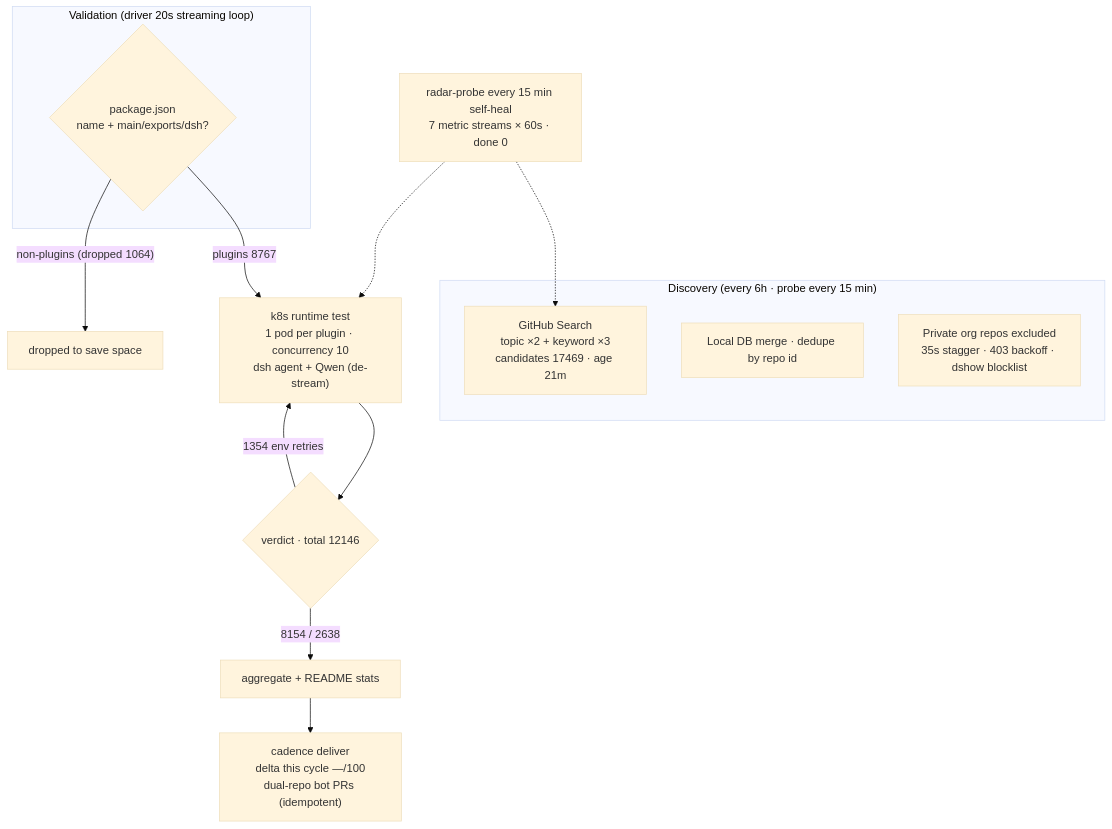
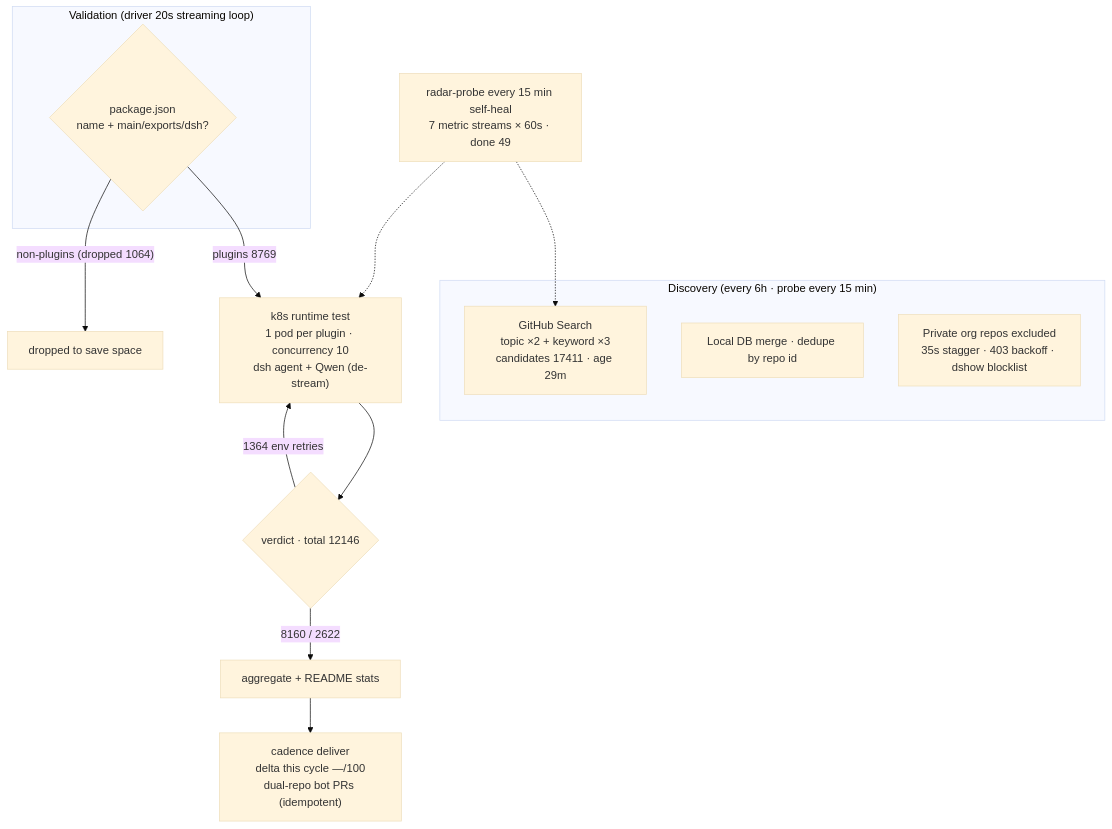
Before and after one commit to AdamPlatin123/awesome-dsh-plugins: the diagram in README.en-US.md, drawn with Mermaid (base theme). The commit also changed other lines of this file and 5 other files, not shown here.

````diff
--- a/README.en-US.md
+++ b/README.en-US.md
@@ -45,20 +45,20 @@
 ```mermaid
 flowchart TB
     subgraph Discovery["Discovery (every 6h · probe every 15 min)"]
-        A1["GitHub Search<br/>topic ×2 + keyword ×3<br/>candidates 17469 · age 21m"]
+        A1["GitHub Search<br/>topic ×2 + keyword ×3<br/>candidates 17411 · age 29m"]
         A2["Local DB merge · dedupe by repo id"]
         A3["Private org repos excluded<br/>35s stagger · 403 backoff · dshow blocklist"]
     end
     subgraph Validation["Validation (driver 20s streaming loop)"]
         B1{"package.json<br/>name + main/exports/dsh?"}
     end
-    B1 -->|"plugins 8767"| C1["k8s runtime test<br/>1 pod per plugin · concurrency 10<br/>dsh agent + Qwen (de-stream)"]
+    B1 -->|"plugins 8769"| C1["k8s runtime test<br/>1 pod per plugin · concurrency 10<br/>dsh agent + Qwen (de-stream)"]
     B1 -->|"non-plugins (dropped 1064)"| B3["dropped to save space"]
     C1 --> D1{"verdict · total 12146"}
-    D1 -->|"8154 / 2638"| E1["aggregate + README stats"]
-    D1 -->|"1354 env retries"| C1
+    D1 -->|"8160 / 2622"| E1["aggregate + README stats"]
+    D1 -->|"1364 env retries"| C1
     E1 --> E2["cadence deliver<br/>delta this cycle —/100<br/>dual-repo bot PRs (idempotent)"]
-    M["radar-probe every 15 min self-heal<br/>7 metric streams × 60s · done 0"]
+    M["radar-probe every 15 min self-heal<br/>7 metric streams × 60s · done 49"]
     M -.-> A1
     M -.-> C1
 ```
````
